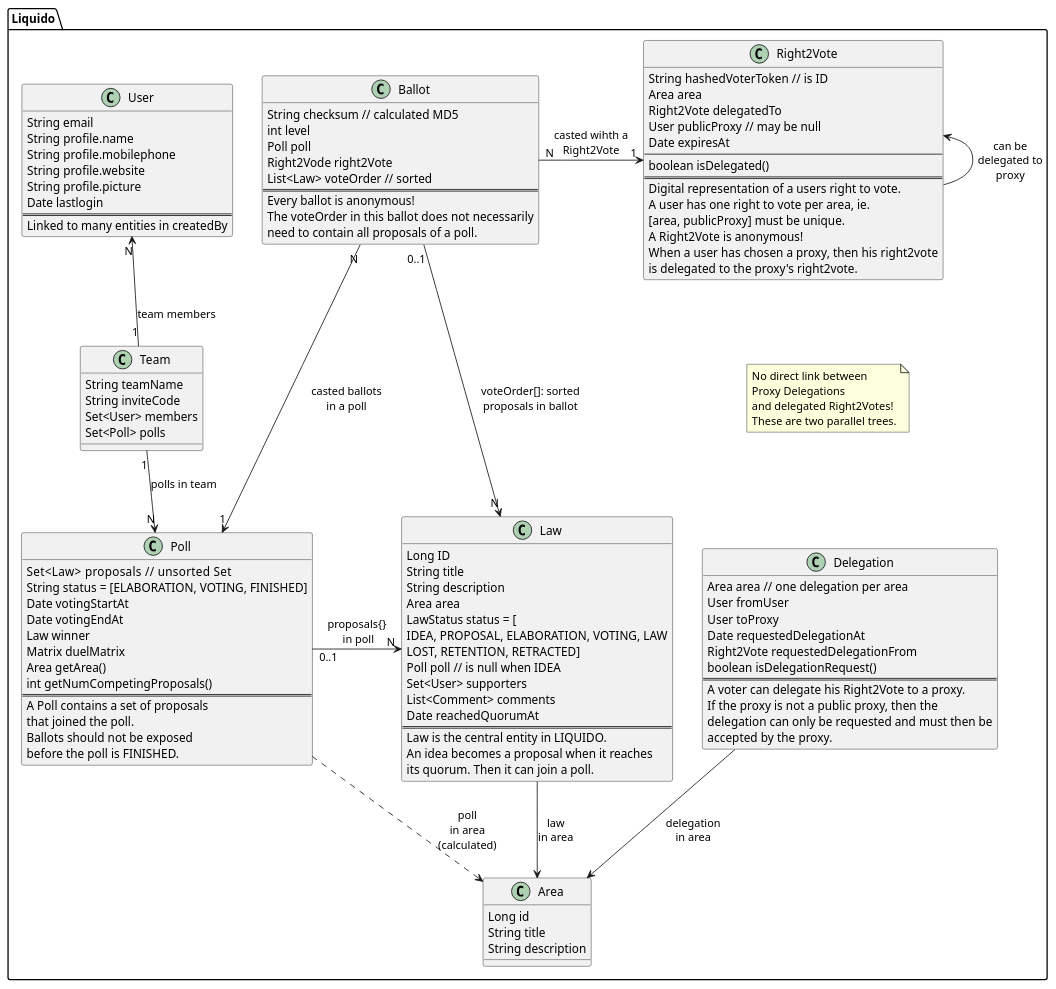
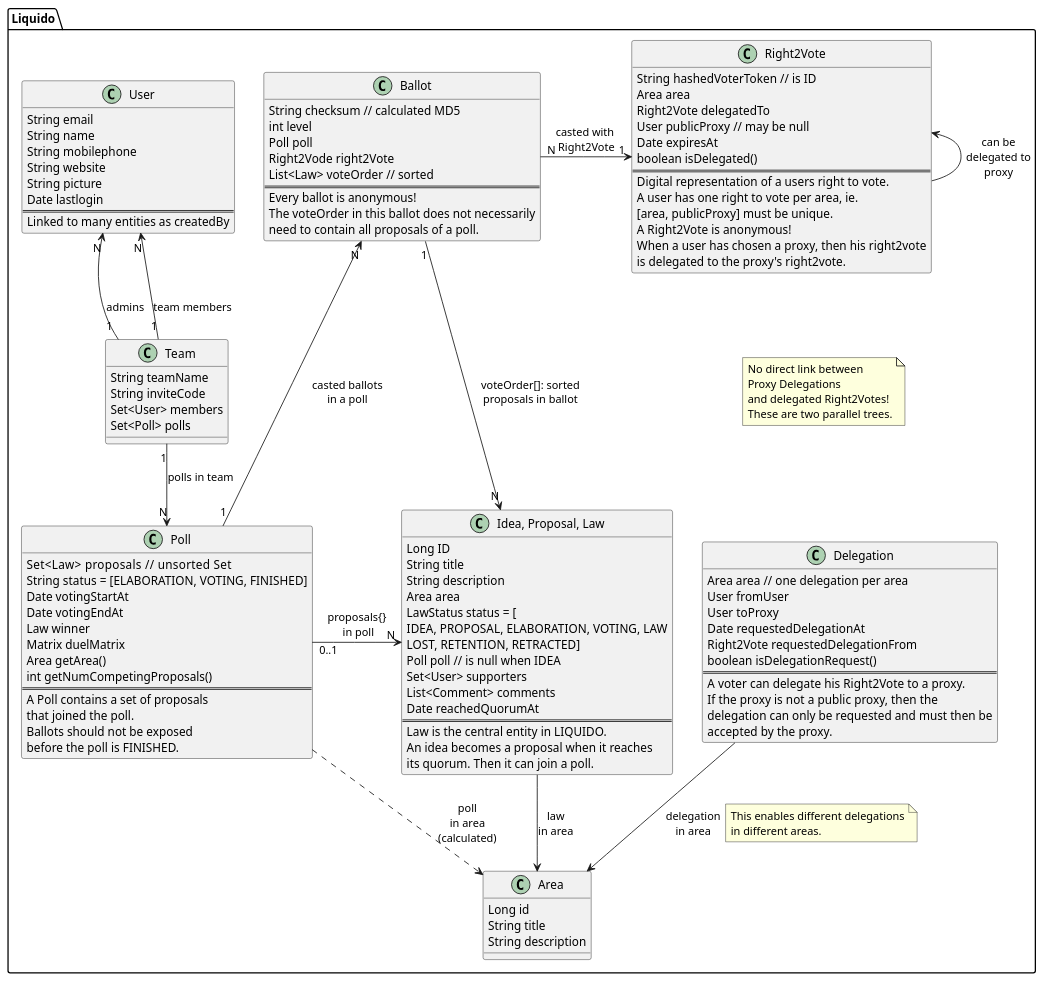
One commit to Doogiemuc/liquido-backend-spring changed the diagram in doc/Class Diagram PlantUML.plantuml. Above: the diagram before and after it, drawn with PlantUML. The commit also changed 3 other files, not shown here.

```diff
--- a/doc/Class Diagram PlantUML.plantuml
+++ b/doc/Class Diagram PlantUML.plantuml
@@ -1,137 +1,137 @@
 @startuml
 ' Split into 4 pages
 'page 2x2
 'skinparam pageMargin 10
 'skinparam pageExternalColor gray
 'skinparam pageBorderColor black
 
 package Liquido {
 
+Delegation --> Area: delegation\nin area
+note right on link: This enables different delegations\nin different areas.
 
-
-Delegation --> Area: delegation\nin area
 Law --> Area: law\nin area
 Poll ..> Area: poll\nin area\n(calculated)
 Poll "0..1" -> "N" Law: proposals{}\n in poll
-Ballot "N" --> "1" Poll: casted ballots\nin a poll
-Ballot "0..1" --> "N" Law: voteOrder[]: sorted\nproposals in ballot
-Ballot "N" -right-> "1" Right2Vote: casted wihth a\nRight2Vote
+Ballot "N" <-- "1" Poll: casted ballots\nin a poll
+Ballot "1" --> "N" Law: voteOrder[]: sorted\nproposals in ballot
+Ballot "N" -right-> "1" Right2Vote: casted with \nRight2Vote
 Team "1" -up-> "N" User: team members
+Team "1" -up-> "N" User: admins
 Team "1" --> "N" Poll: polls in team
 Right2Vote -up-> Right2Vote: can be\ndelegated to\nproxy
 
 
 note "No direct link between\nProxy Delegations\nand delegated Right2Votes!\nThese are two parallel trees." as Note1
 Delegation .[hidden]up. Note1
 Note1 .[hidden]up. Right2Vote
 
 
-' These are just for layout
-Law -[hidden]right-> Delegation
 
+' These links are just for layout
+' ....
 
 
 class Area {
   Long id
   String title
   String description
 }
 
-class Law {
+class "Idea, Proposal, Law" as Law {
   Long ID
   String title
   String description
   Area area
   LawStatus status = [
     IDEA, PROPOSAL, ELABORATION, VOTING, LAW
     LOST, RETENTION, RETRACTED]
   Poll poll // is null when IDEA
   Set<User> supporters
   List<Comment> comments
   Date reachedQuorumAt
   ==
   Law is the central entity in LIQUIDO.
   An idea becomes a proposal when it reaches
   its quorum. Then it can join a poll.
 }
 
 class Poll {
   Set<Law> proposals    // unsorted Set
   String status = [ELABORATION, VOTING, FINISHED]
   Date votingStartAt
   Date votingEndAt
   Law winner
   Matrix duelMatrix
   Area getArea()
   int getNumCompetingProposals()
   ==
-  A Poll contains a set of proposals 
+  A Poll contains a set of proposals
   that joined the poll.
   Ballots should not be exposed
   before the poll is FINISHED.
 }
 
 class Ballot {
   String checksum // calculated MD5
   int level
   Poll poll
   Right2Vode right2Vote
   List<Law> voteOrder // sorted
   ==
   Every ballot is anonymous!
   The voteOrder in this ballot does not necessarily
   need to contain all proposals of a poll.
 }
 
 class Delegation {
   Area area // one delegation per area
   User fromUser
   User toProxy
   Date requestedDelegationAt
   Right2Vote requestedDelegationFrom
   boolean isDelegationRequest()
   ==
   A voter can delegate his Right2Vote to a proxy.
   If the proxy is not a public proxy, then the
   delegation can only be requested and must then be
   accepted by the proxy.
 }
 
 class Right2Vote {
   String hashedVoterToken // is ID
   Area area
   Right2Vote delegatedTo
   User publicProxy // may be null
   Date expiresAt
-  --
   boolean isDelegated()
   ==
   Digital representation of a users right to vote.
   A user has one right to vote per area, ie.
   [area, publicProxy] must be unique.
   A Right2Vote is anonymous!
   When a user has chosen a proxy, then his right2vote
   is delegated to the proxy's right2vote.
 }
 
 class Team {
   String teamName
   String inviteCode
   Set<User> members
   Set<Poll> polls
 }
 
 class User {
   String email
-  String profile.name
-  String profile.mobilephone
-  String profile.website
-  String profile.picture
+  String name
+  String mobilephone
+  String website
+  String picture
   Date lastlogin
   ==
-  Linked to many entities in createdBy
+  Linked to many entities as createdBy
 }
 
 ' end package
 }
 @enduml
```
